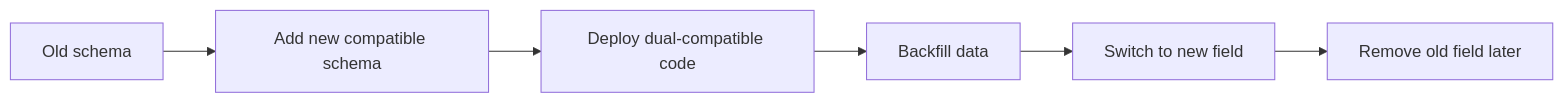
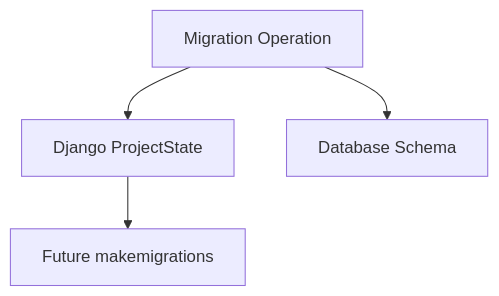
Before and after one commit to AvadhBhalodiya/Interview-Preparation: the seventh of 10 diagrams in src/content/django/migrations.md, drawn with Mermaid. The commit also changed other lines of this file and 80 other files, not shown here.

````diff
--- a/src/content/django/migrations.md
+++ b/src/content/django/migrations.md
@@ -1433,8 +626,6 @@
 ```mermaid
-flowchart LR
-    A["Old schema"] --> B["Add new compatible schema"]
-    B --> C["Deploy dual-compatible code"]
-    C --> D["Backfill data"]
-    D --> E["Switch to new field"]
-    E --> F["Remove old field later"]
+flowchart TD
+    A["Migration Operation"] --> B["Django ProjectState"]
+    A --> C["Database Schema"]
+    B --> D["Future makemigrations"]
 ```
````
